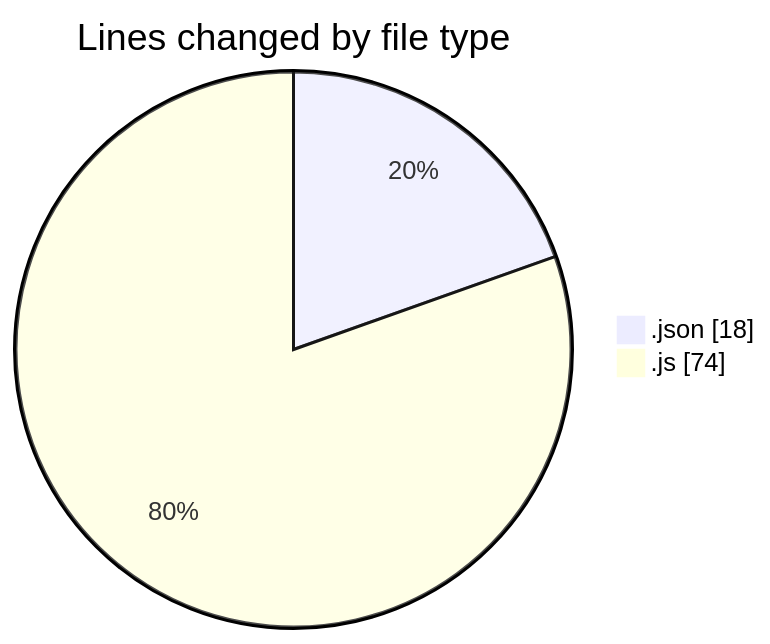
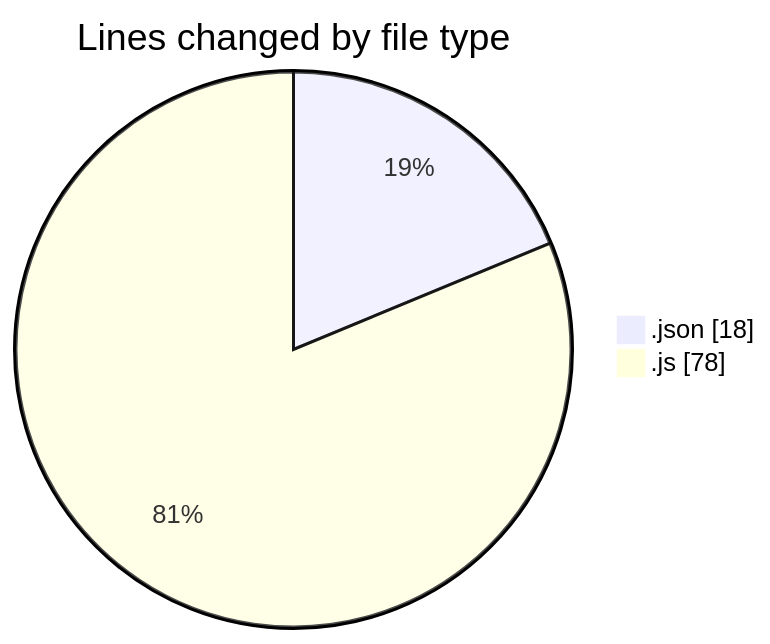
Before and after one commit to BS-eng2023/code-tracking: the first of 2 diagrams in 2025-04-01/jsvms/README.md, drawn with Mermaid. The commit also changed other lines of this file and 1 other file, not shown here.

````diff
--- a/2025-04-01/jsvms/README.md
+++ b/2025-04-01/jsvms/README.md
@@ -21,6 +21,6 @@
 ```mermaid
 pie showData
 title Lines changed by file type
 ".json" : 18
-".js" : 74
+".js" : 78
 ```
````
